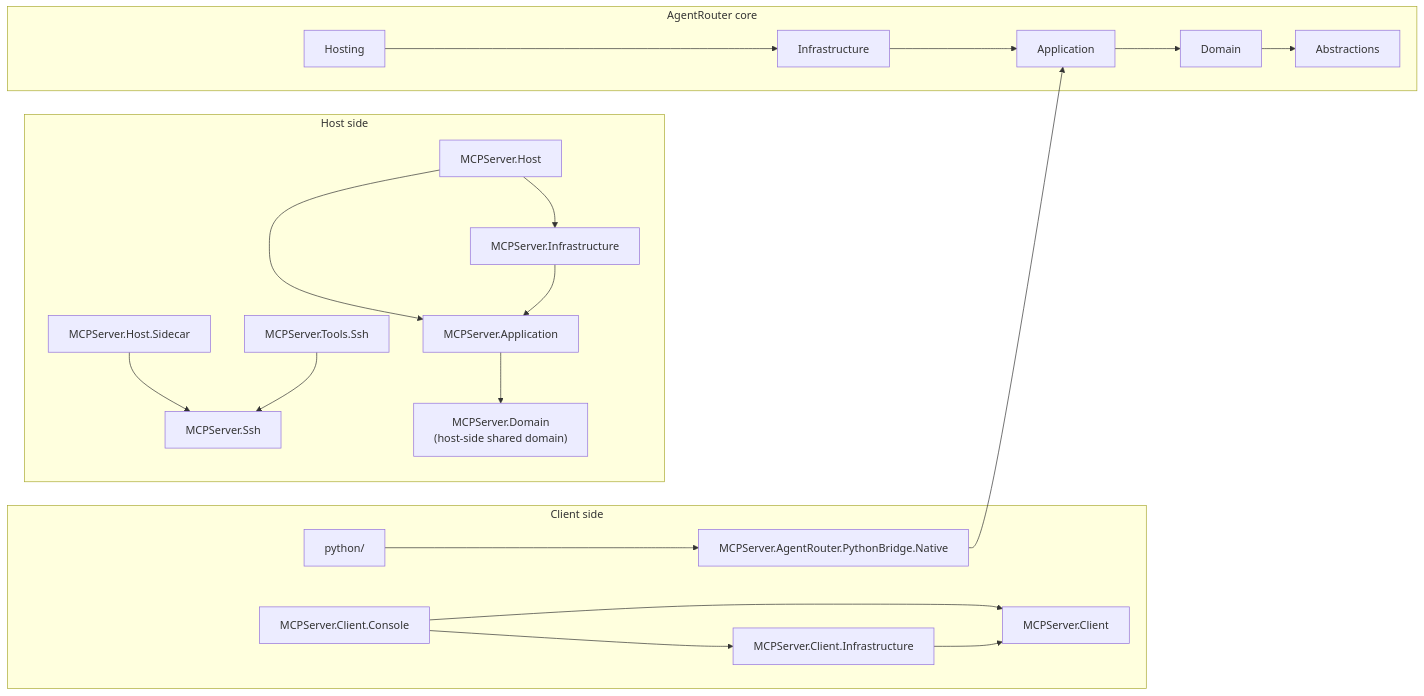
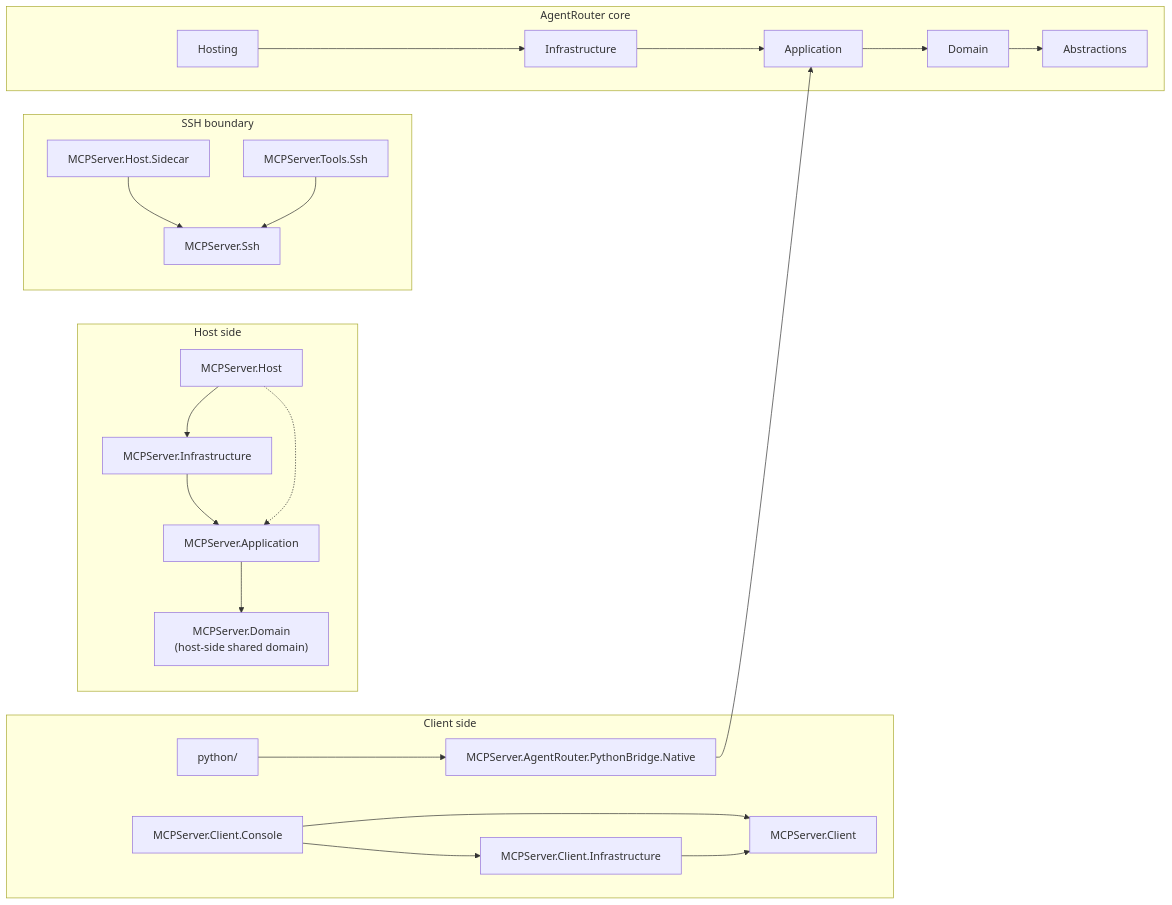
Before and after one commit to haxxornulled/SharpMCPServer: the diagram in README.md, drawn with Mermaid. The commit also changed other lines of this file, not shown here.

Commit message:
Clarify architecture diagram

````diff
--- a/README.md
+++ b/README.md
@@ -23,44 +23,49 @@
 ```mermaid
 flowchart LR
     subgraph ClientSide["Client side"]
         Console["MCPServer.Client.Console"]
         ClientLib["MCPServer.Client"]
         ClientInfra["MCPServer.Client.Infrastructure"]
         Python["python/"]
         Native["MCPServer.AgentRouter.PythonBridge.Native"]
     end
 
     subgraph HostSide["Host side"]
+        direction TB
         MainHost["MCPServer.Host"]
-        Sidecar["MCPServer.Host.Sidecar"]
         Infra["MCPServer.Infrastructure"]
         App["MCPServer.Application"]
         Domain["MCPServer.Domain\n(host-side shared domain)"]
+
+        MainHost --> Infra
+        Infra --> App
+        App --> Domain
+        MainHost -.-> App
+    end
+
+    subgraph SshBoundary["SSH boundary"]
+        Sidecar["MCPServer.Host.Sidecar"]
         Ssh["MCPServer.Ssh"]
         SshTools["MCPServer.Tools.Ssh"]
+
+        Sidecar --> Ssh
+        SshTools --> Ssh
     end
 
     subgraph RouterCore["AgentRouter core"]
         ARAbs["Abstractions"]
         ARDom["Domain"]
         ARApp["Application"]
         ARInfra["Infrastructure"]
         ARHost["Hosting"]
     end
 
     Console --> ClientLib
     Console --> ClientInfra
     ClientInfra --> ClientLib
 
     Python --> Native
     Native --> ARApp
 
-    MainHost --> Infra
-    MainHost --> App
-    Sidecar --> Ssh
-    Infra --> App
-    App --> Domain
-    SshTools --> Ssh
-
     ARHost --> ARInfra --> ARApp --> ARDom --> ARAbs
 ```
````
